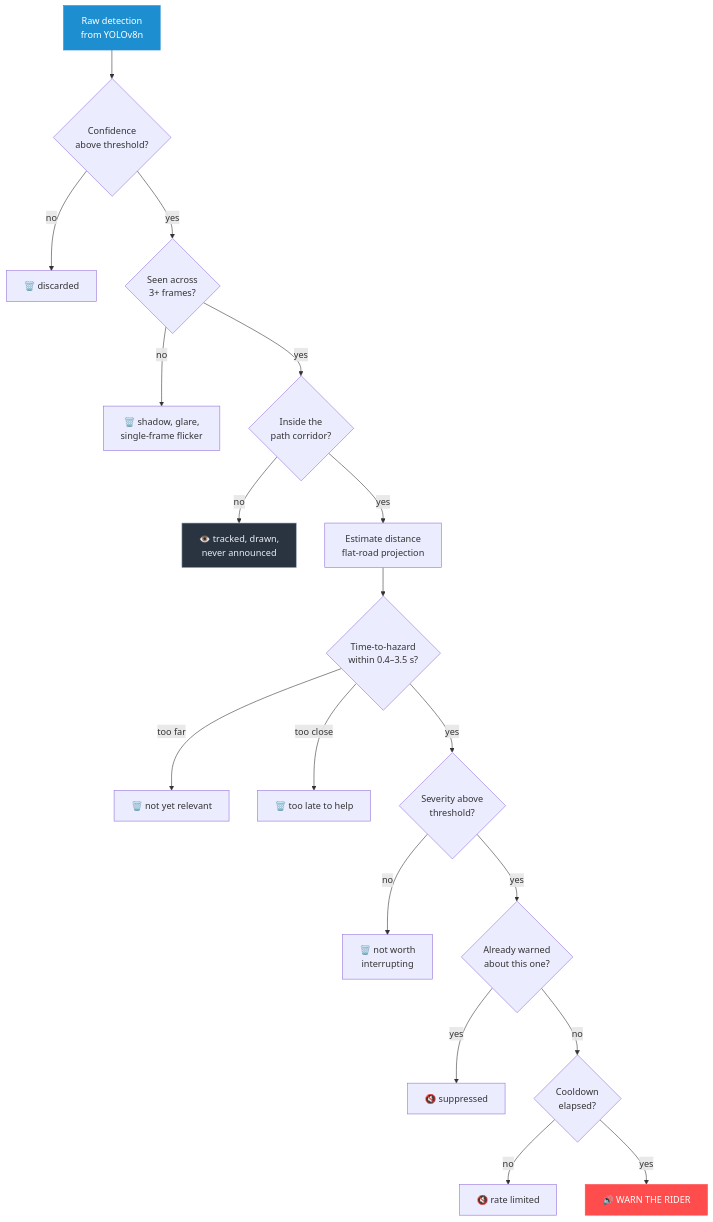
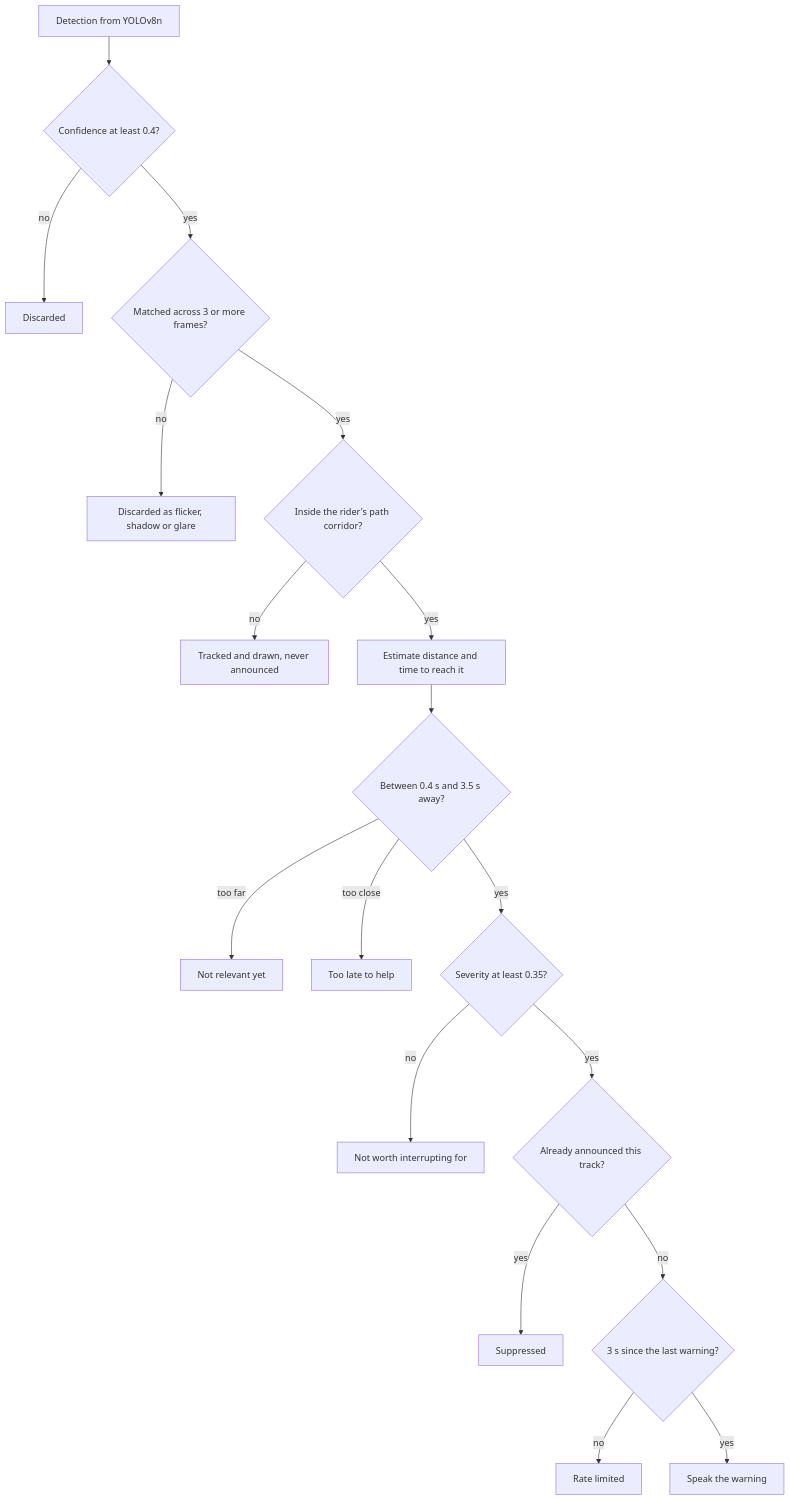
Before and after one commit to 4-thkind/DelhiJalNav: the second of 7 diagrams in README.md, drawn with Mermaid. The commit also changed other lines of this file, not shown here.

````diff
--- a/README.md
+++ b/README.md
@@ -184,24 +80,20 @@
 ```mermaid
 flowchart TD
-    A["Raw detection<br/>from YOLOv8n"] --> B{"Confidence<br/>above threshold?"}
-    B -->|no| X1["🗑️ discarded"]
-    B -->|yes| C{"Seen across<br/>3+ frames?"}
-    C -->|no| X2["🗑️ shadow, glare,<br/>single-frame flicker"]
-    C -->|yes| D{"Inside the<br/>path corridor?"}
-    D -->|no| X3["👁️ tracked, drawn,<br/>never announced"]
-    D -->|yes| E["Estimate distance<br/>flat-road projection"]
-    E --> F{"Time-to-hazard<br/>within 0.4–3.5 s?"}
-    F -->|"too far"| X4["🗑️ not yet relevant"]
-    F -->|"too close"| X5["🗑️ too late to help"]
-    F -->|yes| G{"Severity above<br/>threshold?"}
-    G -->|no| X6["🗑️ not worth<br/>interrupting"]
-    G -->|yes| H{"Already warned<br/>about this one?"}
-    H -->|yes| X7["🔇 suppressed"]
-    H -->|no| I{"Cooldown<br/>elapsed?"}
-    I -->|no| X8["🔇 rate limited"]
-    I -->|yes| J["🔊 WARN THE RIDER"]
-
-    style J fill:#ff4d4d,stroke:#ff4d4d,color:#fff
-    style X3 fill:#2a3340,stroke:#8fa3b5,color:#e8eef4
-    style A fill:#1d8fd1,stroke:#1d8fd1,color:#fff
+    A["Detection from YOLOv8n"] --> B{"Confidence at least 0.4?"}
+    B -->|no| X1["Discarded"]
+    B -->|yes| C{"Matched across 3 or more frames?"}
+    C -->|no| X2["Discarded as flicker, shadow or glare"]
+    C -->|yes| D{"Inside the rider's path corridor?"}
+    D -->|no| X3["Tracked and drawn, never announced"]
+    D -->|yes| E["Estimate distance and time to reach it"]
+    E --> F{"Between 0.4 s and 3.5 s away?"}
+    F -->|"too far"| X4["Not relevant yet"]
+    F -->|"too close"| X5["Too late to help"]
+    F -->|yes| G{"Severity at least 0.35?"}
+    G -->|no| X6["Not worth interrupting for"]
+    G -->|yes| H{"Already announced this track?"}
+    H -->|yes| X7["Suppressed"]
+    H -->|no| I{"3 s since the last warning?"}
+    I -->|no| X8["Rate limited"]
+    I -->|yes| J["Speak the warning"]
 ```
````
